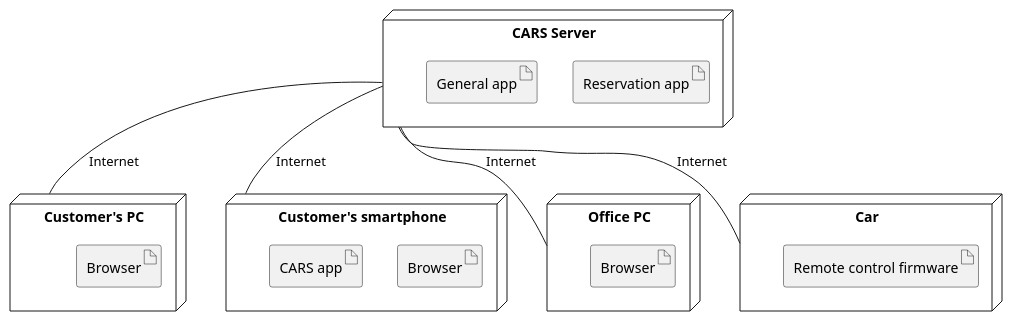
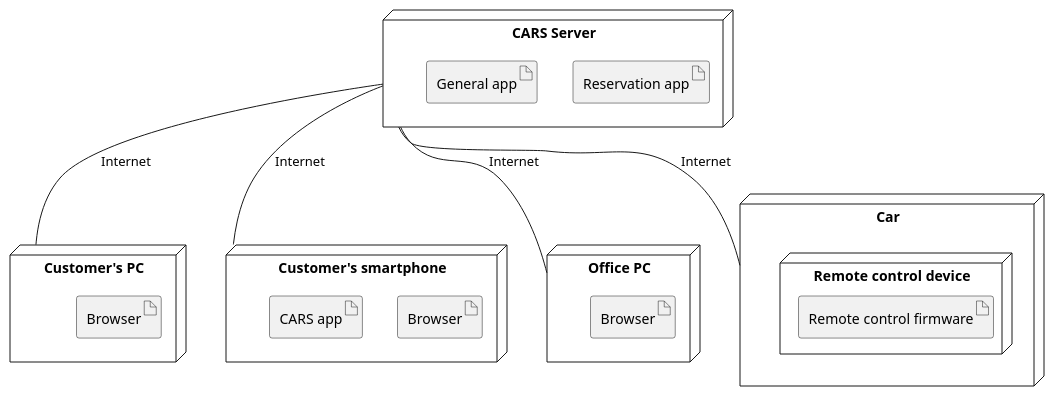
Before and after one commit to franco-ruggeri/polito-information-systems: the diagram in car_rental/models/deployment_to_be.pu, drawn with PlantUML.

Commit message:
Update deployment diagram for car rental TO BE
Add nested remote control device inside Car. The software is not directly in the Car, but in the additional device.

```diff
--- a/car_rental/models/deployment_to_be.pu
+++ b/car_rental/models/deployment_to_be.pu
@@ -1,30 +1,32 @@
 @startuml
 
 node "Customer's PC" as CustomerPC {
 	artifact Browser as Browser1
 }
 
 node "Customer's smartphone" as CustomerSmartphone {
 	artifact Browser as Browser2
 	artifact "CARS app"
 }
 
 node "Office PC" as OfficePC {
 	artifact Browser as Browser3
 }
 
 node Car {
-	artifact "Remote control firmware"
+	node "Remote control device" {
+		artifact "Remote control firmware"
+	}
 }
 
 node "CARS Server" as CARSServer{
 	artifact "Reservation app"
 	artifact "General app"
 }
 
 CARSServer -- CustomerPC : Internet
 CARSServer -- CustomerSmartphone : Internet
 CARSServer -- OfficePC : Internet
 CARSServer -- Car : Internet
 
 @enduml
```
